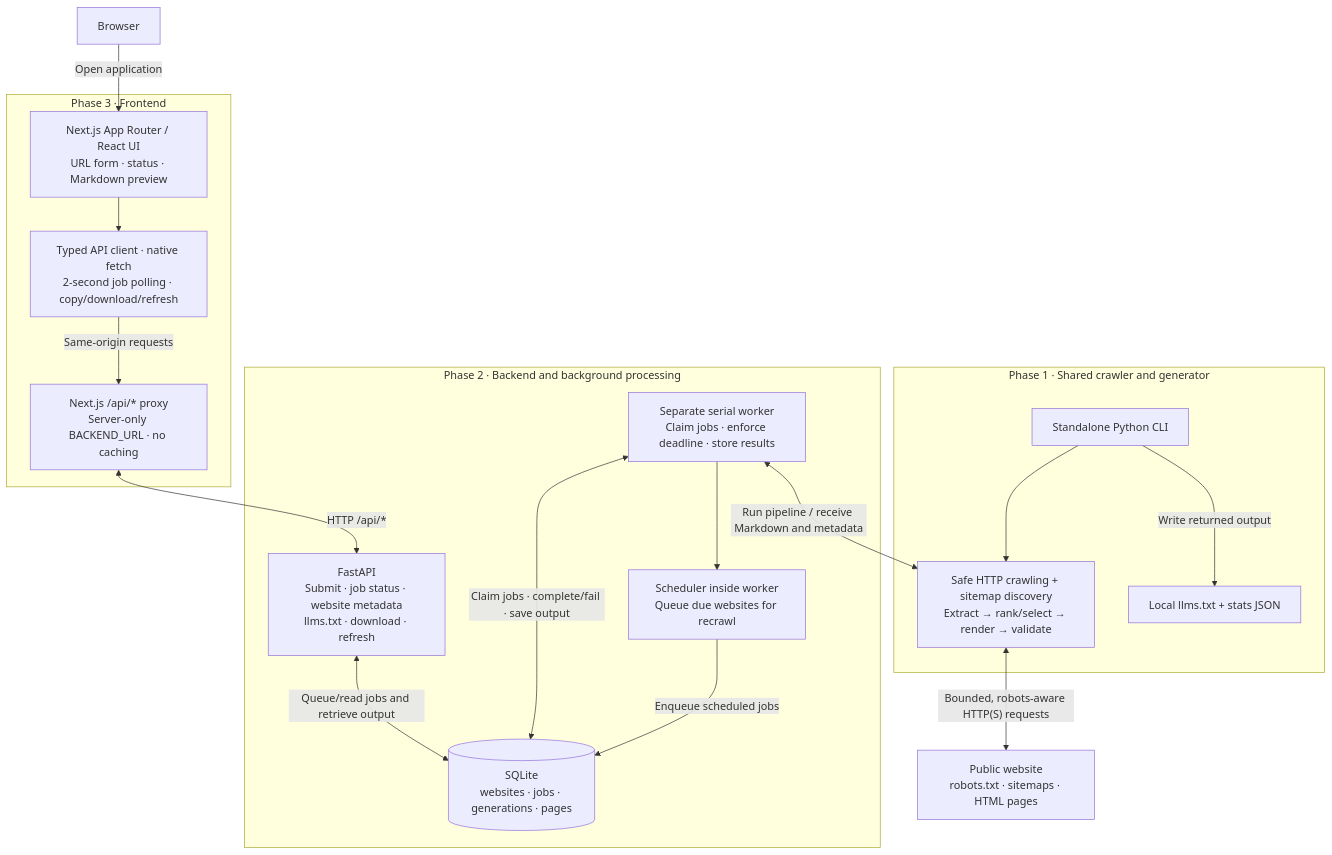
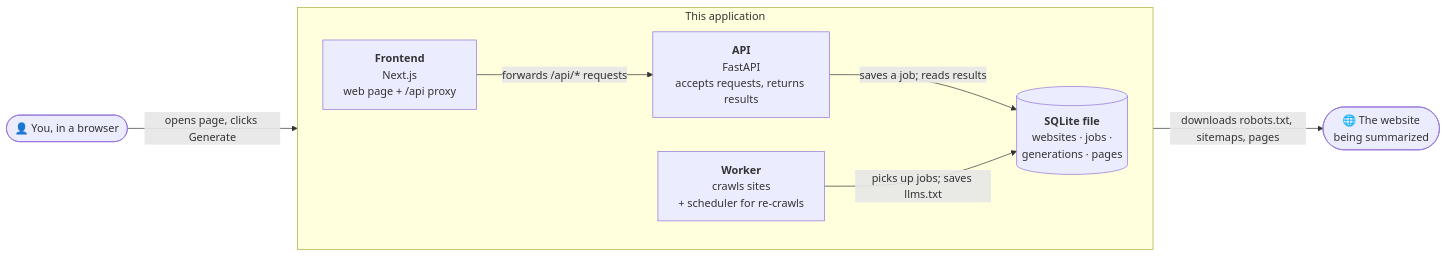
One commit to yejessica/llms-txt-jessica-ye changed the first of 8 diagrams in README.md. Above: the diagram before and after it, drawn with Mermaid. The commit also changed other lines of this file and 1 other file, not shown here.

````diff
--- a/README.md
+++ b/README.md
@@ -131,37 +74,20 @@
 ```mermaid
-flowchart TB
-    Browser["Browser"]
+flowchart LR
+    User(["👤 You, in a browser"])
 
-    subgraph Phase3["Phase 3 · Frontend"]
-        UI["Next.js App Router / React UI<br/>URL form · status · Markdown preview"]
-        Client["Typed API client · native fetch<br/>2-second job polling · copy/download/refresh"]
-        Proxy["Next.js /api/* proxy<br/>Server-only BACKEND_URL · no caching"]
-        UI --> Client
-        Client -->|"Same-origin requests"| Proxy
+    subgraph App["This application"]
+        direction LR
+        FE["<b>Frontend</b><br/>Next.js<br/>web page + /api proxy"]
+        API["<b>API</b><br/>FastAPI<br/>accepts requests, returns results"]
+        DB[("<b>SQLite file</b><br/>websites · jobs ·<br/>generations · pages")]
+        W["<b>Worker</b><br/>crawls sites<br/>+ scheduler for re-crawls"]
     end
 
-    subgraph Phase2["Phase 2 · Backend and background processing"]
-        API["FastAPI<br/>Submit · job status · website metadata<br/>llms.txt · download · refresh"]
-        DB[("SQLite<br/>websites · jobs · generations · pages")]
-        Worker["Separate serial worker<br/>Claim jobs · enforce deadline · store results"]
-        Scheduler["Scheduler inside worker<br/>Queue due websites for recrawl"]
-        API <-->|"Queue/read jobs and retrieve output"| DB
-        Worker <-->|"Claim jobs · complete/fail · save output"| DB
-        Worker --> Scheduler
-        Scheduler -->|"Enqueue scheduled jobs"| DB
-    end
+    Site(["🌐 The website<br/>being summarized"])
 
-    subgraph Phase1["Phase 1 · Shared crawler and generator"]
-        Pipeline["Safe HTTP crawling + sitemap discovery<br/>Extract → rank/select → render → validate"]
-        CLI["Standalone Python CLI"]
-        File["Local llms.txt + stats JSON"]
-        CLI --> Pipeline
-        CLI -->|"Write returned output"| File
-    end
-
-    PublicWeb["Public website<br/>robots.txt · sitemaps · HTML pages"]
-    Browser -->|"Open application"| UI
-    Proxy <-->|"HTTP /api/*"| API
-    Worker <-->|"Run pipeline / receive Markdown and metadata"| Pipeline
-    Pipeline <-->|"Bounded, robots-aware HTTP(S) requests"| PublicWeb
+    User -->|"opens page, clicks Generate"| FE
+    FE -->|"forwards /api/* requests"| API
+    API -->|"saves a job; reads results"| DB
+    W -->|"picks up jobs; saves llms.txt"| DB
+    W -->|"downloads robots.txt, sitemaps, pages"| Site
 ```
````
